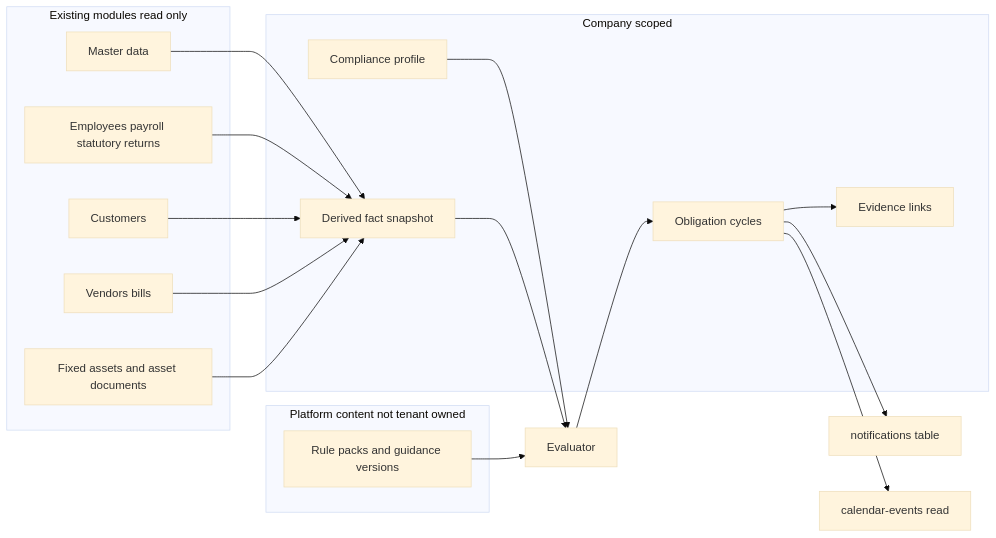
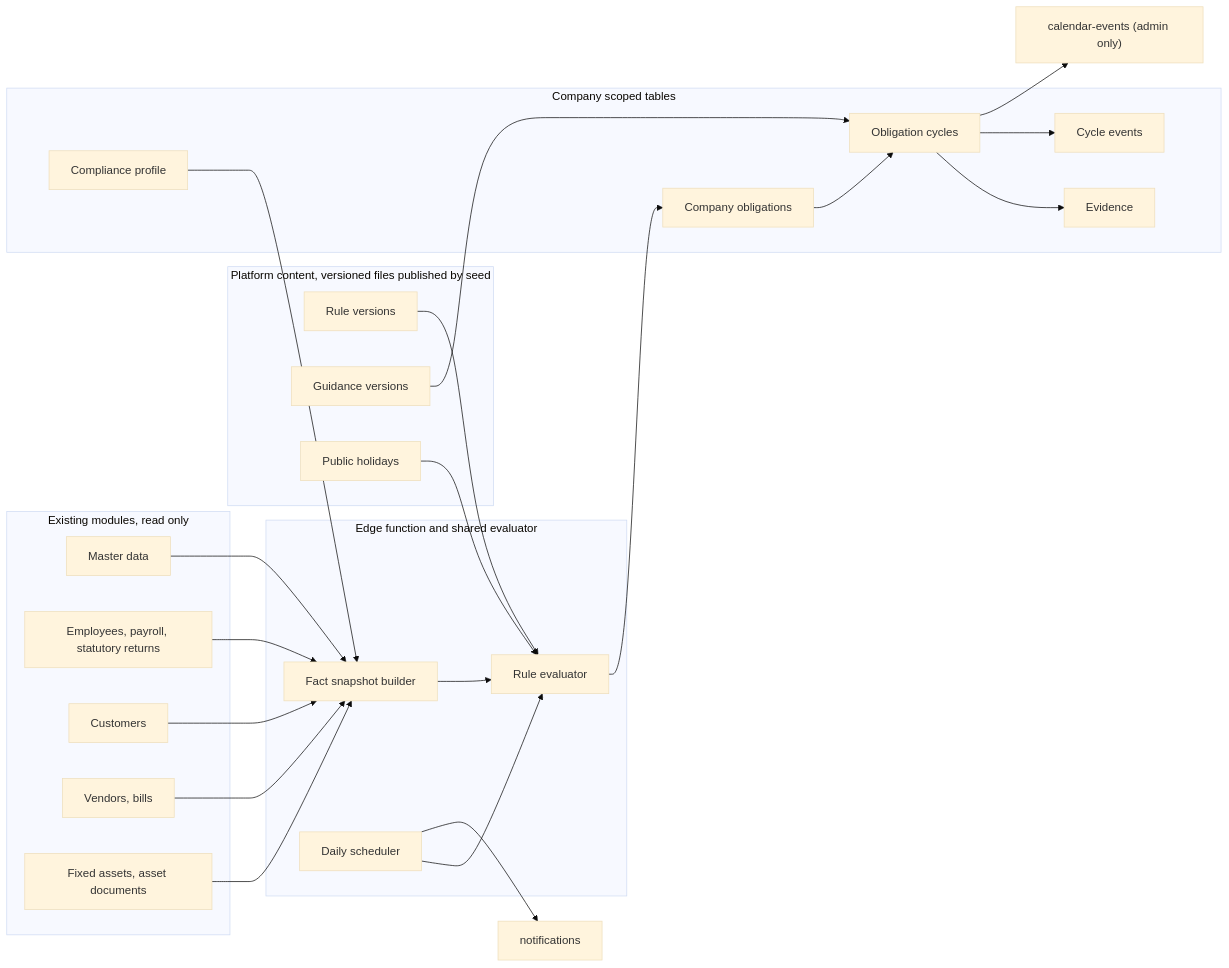
Before and after one commit to tebogosmartg-eng/AdminLessFin: the diagram in docs/architecture/COMPLIANCE_GOVERNANCE_IMPLEMENTATION_PLAN.md, drawn with Mermaid (base theme). The commit also changed other lines of this file, not shown here.

````diff
--- a/docs/architecture/COMPLIANCE_GOVERNANCE_IMPLEMENTATION_PLAN.md
+++ b/docs/architecture/COMPLIANCE_GOVERNANCE_IMPLEMENTATION_PLAN.md
@@ -68,31 +108,44 @@
 ```mermaid
 flowchart LR
-  subgraph platform [Platform content not tenant owned]
-    Packs[Rule packs and guidance versions]
+  subgraph content [Platform content, versioned files published by seed]
+    Rules[Rule versions]
+    Guidance[Guidance versions]
+    Holidays[Public holidays]
   end
-  subgraph tenant [Company scoped]
+  subgraph existing [Existing modules, read only]
+    Master[Master data]
+    Payroll[Employees, payroll, statutory returns]
+    Sales[Customers]
+    Purchases[Vendors, bills]
+    Assets[Fixed assets, asset documents]
+  end
+  subgraph server [Edge function and shared evaluator]
+    FactBuilder[Fact snapshot builder]
+    Evaluator[Rule evaluator]
+    Scheduler[Daily scheduler]
+  end
+  subgraph tenant [Company scoped tables]
     Profile[Compliance profile]
-    Facts[Derived fact snapshot]
-    Obligations[Obligation cycles]
-    Evidence[Evidence links]
+    Obligation[Company obligations]
+    Cycle[Obligation cycles]
+    Evidence[Evidence]
+    Events[Cycle events]
   end
-  subgraph existing [Existing modules read only]
-    Master[Master data]
-    Payroll[Employees payroll statutory returns]
-    Sales[Customers]
-    Purchases[Vendors bills]
-    Assets[Fixed assets and asset documents]
-  end
-  Packs --> Evaluator
-  Profile --> Evaluator
-  Facts --> Evaluator
-  Master --> Facts
-  Payroll --> Facts
-  Sales --> Facts
-  Purchases --> Facts
-  Assets --> Facts
-  Evaluator --> Obligations
-  Obligations --> Evidence
-  Obligations --> Bell[notifications table]
-  Obligations --> Cal[calendar-events read]
+  Master --> FactBuilder
+  Payroll --> FactBuilder
+  Sales --> FactBuilder
+  Purchases --> FactBuilder
+  Assets --> FactBuilder
+  Profile --> FactBuilder
+  FactBuilder --> Evaluator
+  Rules --> Evaluator
+  Holidays --> Evaluator
+  Evaluator --> Obligation
+  Obligation --> Cycle
+  Cycle --> Evidence
+  Cycle --> Events
+  Scheduler --> Evaluator
+  Scheduler --> Bell[notifications]
+  Cycle --> Cal["calendar-events (admin only)"]
+  Guidance --> Cycle
 ```
````
